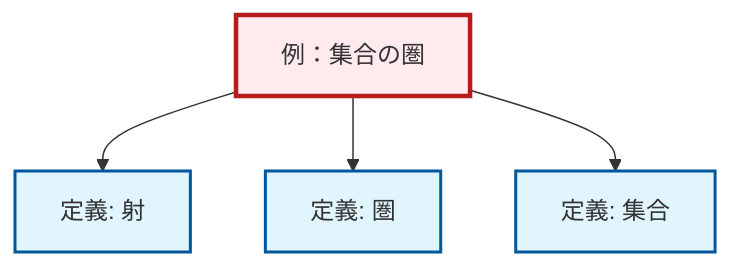
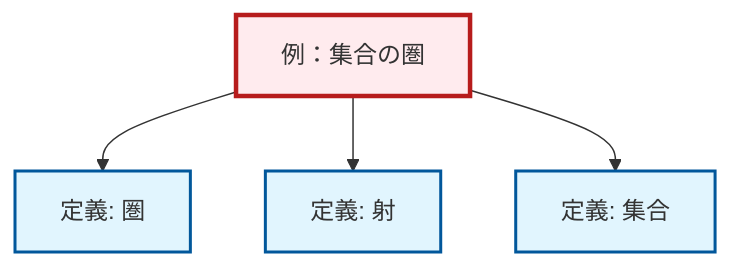
The diagram in content/ja/category-theory/ex-set-category.qmd (RK0429/ModernMath), drawn with Mermaid before and after one commit. The commit also changed other lines of this file and 1012 other files, not shown here.

````diff
--- a/content/ja/category-theory/ex-set-category.qmd
+++ b/content/ja/category-theory/ex-set-category.qmd
@@ -69,20 +69,20 @@
 ```{mermaid}
 %%| fig-cap: "Local dependency graph"
 graph TD
     classDef definition fill:#e1f5fe,stroke:#01579b,stroke-width:2px
     classDef theorem fill:#f3e5f5,stroke:#4a148c,stroke-width:2px
     classDef axiom fill:#fff3e0,stroke:#e65100,stroke-width:2px
     classDef example fill:#e8f5e9,stroke:#1b5e20,stroke-width:2px
     classDef current fill:#ffebee,stroke:#b71c1c,stroke-width:3px
+    def-morphism["定義: 射"]:::definition
     def-category["定義: 圏"]:::definition
     ex-set-category["例：集合の圏"]:::example
     def-set["定義: 集合"]:::definition
-    def-morphism["定義: 射"]:::definition
+    ex-set-category --> def-category
     ex-set-category --> def-morphism
-    ex-set-category --> def-category
     ex-set-category --> def-set
     class ex-set-category current
+    click def-morphism "def-morphism.html" "射の定義へ"
     click def-category "def-category.html" "圏の定義へ"
     click def-set "def-set.html" "集合の定義へ"
-    click def-morphism "def-morphism.html" "射の定義へ"
 ```
````
